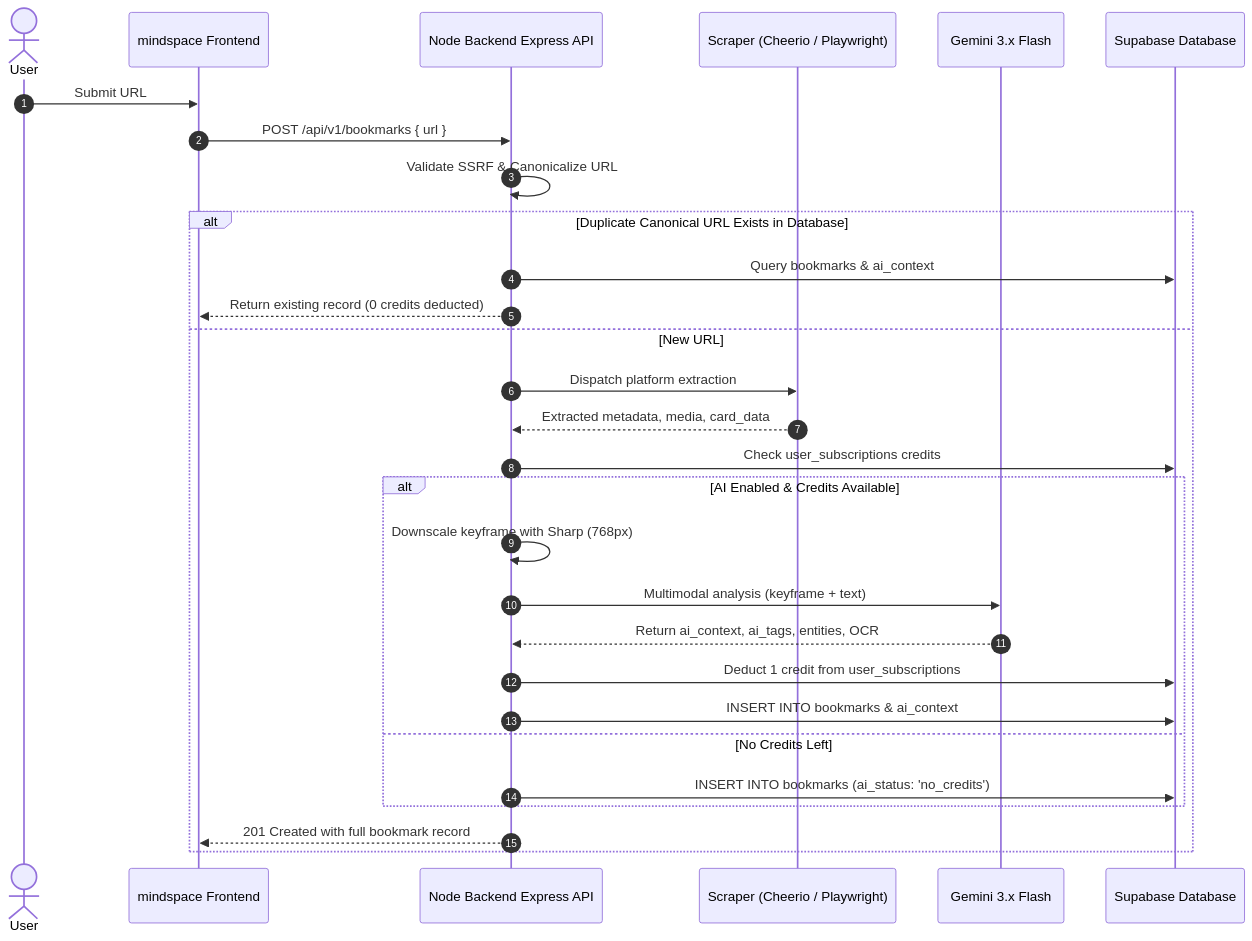
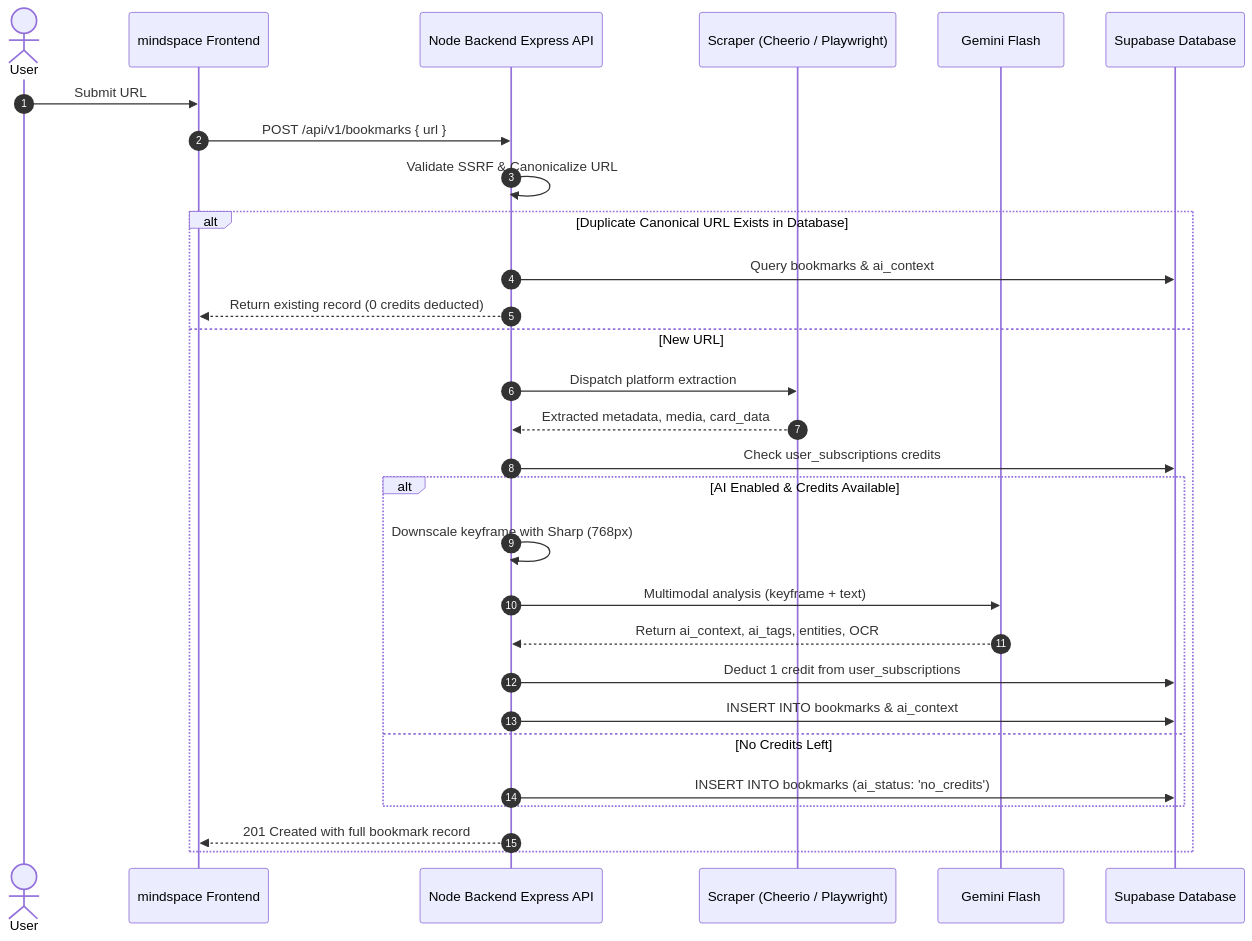
Before and after one commit to vaddadi-abhishek/Link-Web-Scrapper: the second of 3 diagrams in README.md, drawn with Mermaid. The commit also changed other lines of this file and 13 other files, not shown here.

````diff
--- a/README.md
+++ b/README.md
@@ -192,35 +88,35 @@
 ```mermaid
 sequenceDiagram
     autonumber
     actor User
     participant Frontend as mindspace Frontend
     participant Server as Node Backend Express API
     participant Scraper as Scraper (Cheerio / Playwright)
-    participant Gemini as Gemini 3.x Flash
+    participant Gemini as Gemini Flash
     participant Supabase as Supabase Database
 
     User->>Frontend: Submit URL
     Frontend->>Server: POST /api/v1/bookmarks { url }
     Server->>Server: Validate SSRF & Canonicalize URL
     
     alt Duplicate Canonical URL Exists in Database
         Server->>Supabase: Query bookmarks & ai_context
         Server-->>Frontend: Return existing record (0 credits deducted)
     else New URL
         Server->>Scraper: Dispatch platform extraction
         Scraper-->>Server: Extracted metadata, media, card_data
         Server->>Supabase: Check user_subscriptions credits
         
         alt AI Enabled & Credits Available
             Server->>Server: Downscale keyframe with Sharp (768px)
             Server->>Gemini: Multimodal analysis (keyframe + text)
             Gemini-->>Server: Return ai_context, ai_tags, entities, OCR
             Server->>Supabase: Deduct 1 credit from user_subscriptions
             Server->>Supabase: INSERT INTO bookmarks & ai_context
         else No Credits Left
             Server->>Supabase: INSERT INTO bookmarks (ai_status: 'no_credits')
         end
         
         Server-->>Frontend: 201 Created with full bookmark record
     end
 ```
````
